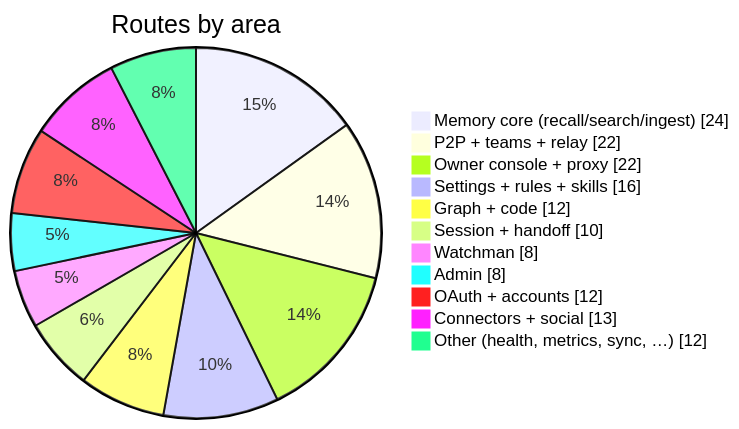
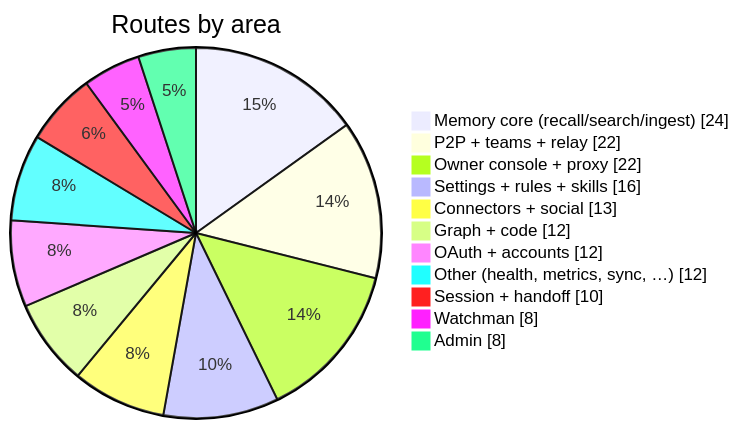
One commit to incordai/watchman changed the fourth of 8 diagrams in README.md. Above: the diagram before and after it, drawn with Mermaid. The commit also changed other lines of this file, not shown here.

````diff
--- a/README.md
+++ b/README.md
@@ -223,15 +278,15 @@
 ```mermaid
 pie showData
     title Routes by area
     "Memory core (recall/search/ingest)" : 24
     "P2P + teams + relay" : 22
     "Owner console + proxy" : 22
     "Settings + rules + skills" : 16
+    "Connectors + social" : 13
     "Graph + code" : 12
+    "OAuth + accounts" : 12
+    "Other (health, metrics, sync, …)" : 12
     "Session + handoff" : 10
     "Watchman" : 8
     "Admin" : 8
-    "OAuth + accounts" : 12
-    "Connectors + social" : 13
-    "Other (health, metrics, sync, …)" : 12
 ```
````
